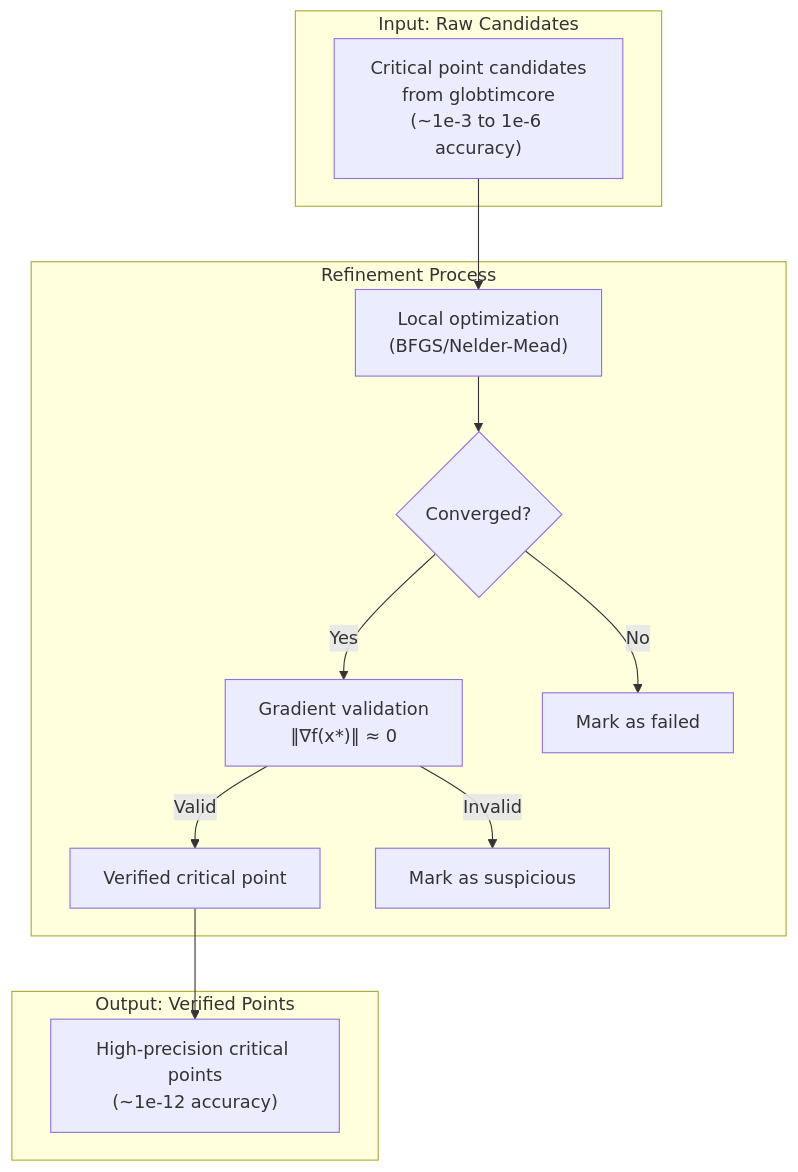
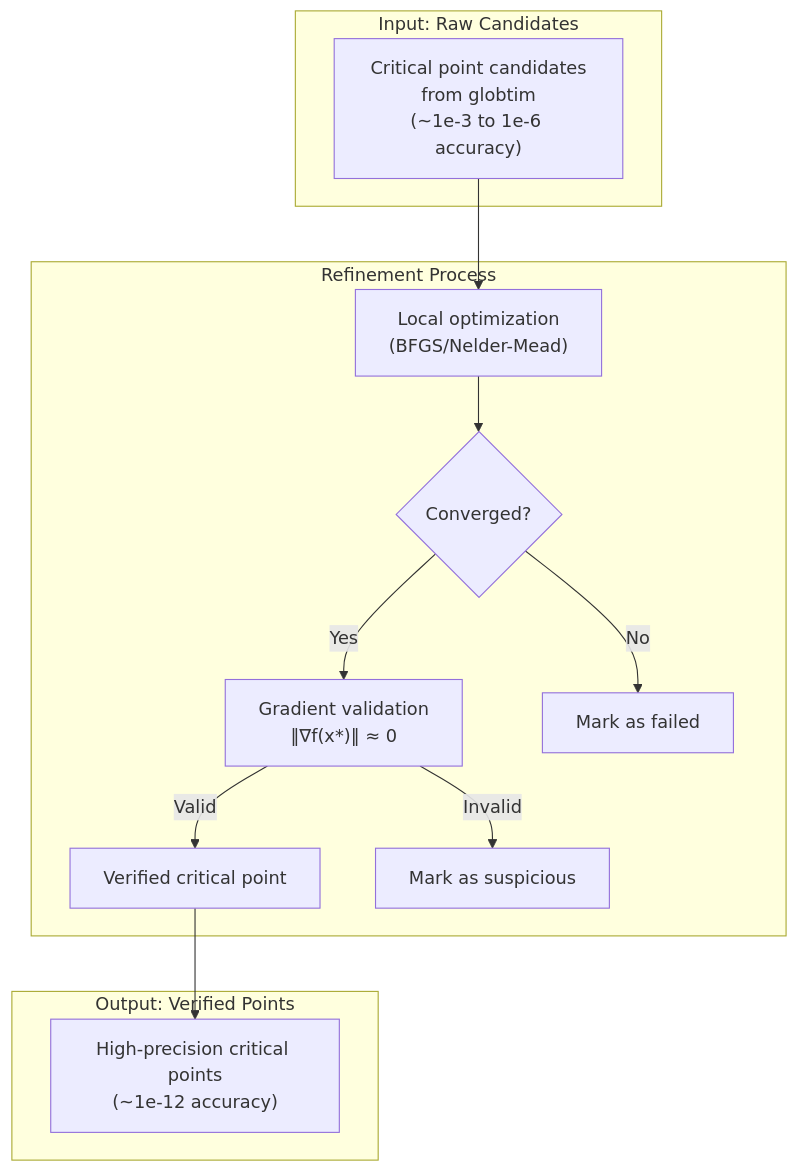
One commit to gescholt/GlobtimPostProcessing.jl changed the diagram in docs/src/refinement.md. Above: the diagram before and after it, drawn with Mermaid. The commit also changed other lines of this file and 32 other files, not shown here.

````diff
--- a/docs/src/refinement.md
+++ b/docs/src/refinement.md
@@ -19,21 +19,21 @@
 ```mermaid
 flowchart TB
     subgraph "Input: Raw Candidates"
-        A["Critical point candidates<br/>from globtimcore<br/>(~1e-3 to 1e-6 accuracy)"]
+        A["Critical point candidates<br/>from globtim<br/>(~1e-3 to 1e-6 accuracy)"]
     end
 
     subgraph "Refinement Process"
         B["Local optimization<br/>(BFGS/Nelder-Mead)"] --> C{"Converged?"}
         C -->|Yes| D["Gradient validation<br/>‖∇f(x*)‖ ≈ 0"]
         C -->|No| E["Mark as failed"]
         D -->|Valid| F["Verified critical point"]
         D -->|Invalid| G["Mark as suspicious"]
     end
 
     subgraph "Output: Verified Points"
         H["High-precision critical points<br/>(~1e-12 accuracy)"]
     end
 
     A --> B
     F --> H
 ```
````
